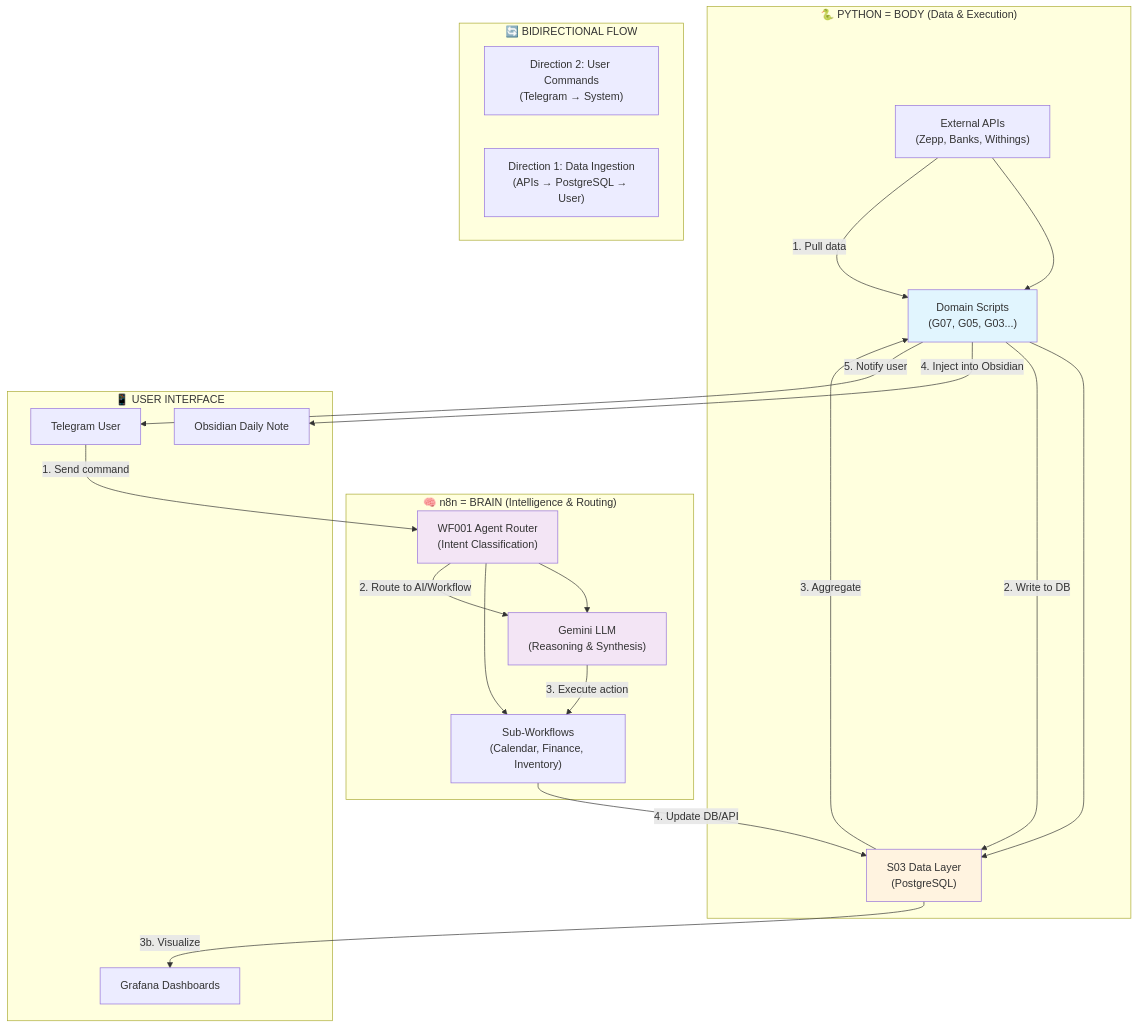
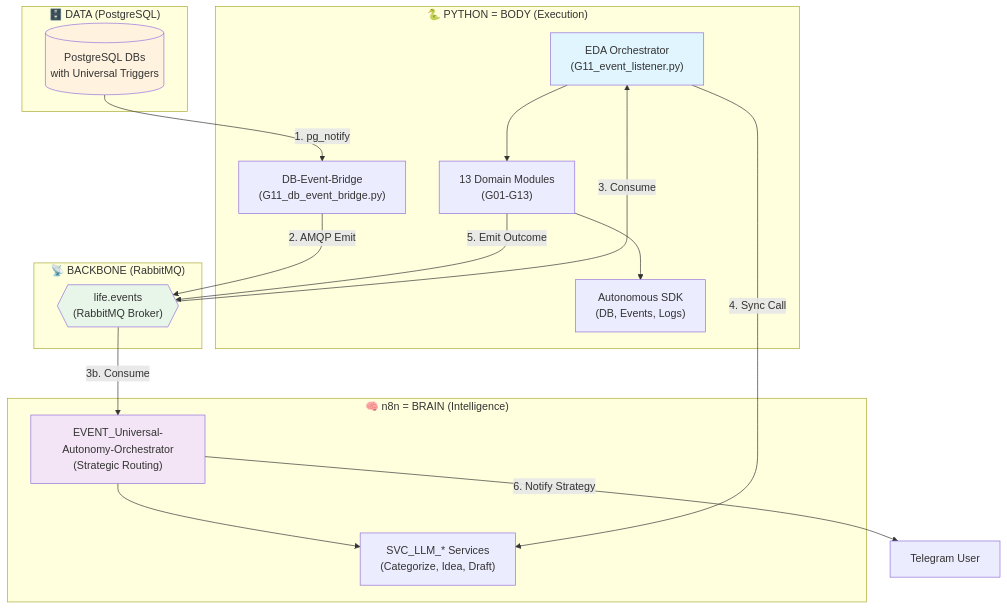
Before and after one commit to brostudiodev/autonomous-living-architecture: the first of 10 diagrams in docs/20_Systems/Architecture-Diagrams.md, drawn with Mermaid. The commit also changed other lines of this file and 776 other files, not shown here.

Commit message:
docs: sync architectural documentation and modular manifests (sanitized)

````diff
--- a/docs/20_Systems/Architecture-Diagrams.md
+++ b/docs/20_Systems/Architecture-Diagrams.md
@@ -21,52 +21,45 @@
 ```mermaid
 graph TB
-    subgraph "🐍 PYTHON = BODY (Data & Execution)"
-        PYTHON_SCRIPTS["Domain Scripts<br/>(G07, G05, G03...)"]
-        DATA_LAYER["S03 Data Layer<br/>(PostgreSQL)"]
-        EXTERNAL_APIS["External APIs<br/>(Zepp, Banks, Withings)"]
+    subgraph "🐍 PYTHON = BODY (Execution)"
+        SDK["Autonomous SDK<br/>(DB, Events, Logs)"]
+        EO["EDA Orchestrator<br/>(G11_event_listener.py)"]
+        DOMAIN_SCRIPTS["13 Domain Modules<br/>(G01-G13)"]
+        BRIDGE["DB-Event-Bridge<br/>(G11_db_event_bridge.py)"]
         
-        EXTERNAL_APIS --> PYTHON_SCRIPTS
-        PYTHON_SCRIPTS --> DATA_LAYER
+        EO --> DOMAIN_SCRIPTS
+        DOMAIN_SCRIPTS --> SDK
     end
 
-    subgraph "🧠 n8n = BRAIN (Intelligence & Routing)"
-        N8N_ROUTER["WF001 Agent Router<br/>(Intent Classification)"]
-        N8N_AI["Gemini LLM<br/>(Reasoning & Synthesis)"]
-        N8N_WORKFLOWS["Sub-Workflows<br/>(Calendar, Finance, Inventory)"]
+    subgraph "🧠 n8n = BRAIN (Intelligence)"
+        SVC_LLM["SVC_LLM_* Services<br/>(Categorize, Idea, Draft)"]
+        N8N_ROUTER["EVENT_Universal-Autonomy-Orchestrator<br/>(Strategic Routing)"]
         
-        N8N_ROUTER --> N8N_AI
-        N8N_ROUTER --> N8N_WORKFLOWS
+        N8N_ROUTER --> SVC_LLM
     end
 
-    subgraph "📱 USER INTERFACE"
-        TELEGRAM_USER["Telegram User"]
-        OBSIDIAN_NOTE["Obsidian Daily Note"]
-        GRAFANA["Grafana Dashboards"]
+    subgraph "📡 BACKBONE (RabbitMQ)"
+        RMQ{{"life.events<br/>(RabbitMQ Broker)"}}
     end
 
-    subgraph "🔄 BIDIRECTIONAL FLOW"
-        USER_TO_SYSTEM["Direction 2: User Commands<br/>(Telegram → System)"]
-        SYSTEM_TO_USER["Direction 1: Data Ingestion<br/>(APIs → PostgreSQL → User)"]
+    subgraph "🗄️ DATA (PostgreSQL)"
+        DB[(PostgreSQL DBs<br/>with Universal Triggers)]
     end
 
-    %% Direction 1: Data Ingestion
-    EXTERNAL_APIS -->|"1. Pull data"| PYTHON_SCRIPTS
-    PYTHON_SCRIPTS -->|"2. Write to DB"| DATA_LAYER
-    DATA_LAYER -->|"3. Aggregate"| PYTHON_SCRIPTS
-    PYTHON_SCRIPTS -->|"4. Inject into Obsidian"| OBSIDIAN_NOTE
+    %% Reactive Flow
+    DB -- "1. pg_notify" --> BRIDGE
+    BRIDGE -- "2. AMQP Emit" --> RMQ
+    RMQ -- "3. Consume" --> EO
+    RMQ -- "3b. Consume" --> N8N_ROUTER
     
-    %% Direction 2: User Commands
-    TELEGRAM_USER -->|"1. Send command"| N8N_ROUTER
-    N8N_ROUTER -->|"2. Route to AI/Workflow"| N8N_AI
-    N8N_AI -->|"3. Execute action"| N8N_WORKFLOWS
-    N8N_WORKFLOWS -->|"4. Update DB/API"| DATA_LAYER
+    %% Brain-to-Hand Bridge
+    EO -- "4. Sync Call" --> SVC_LLM
+    DOMAIN_SCRIPTS -- "5. Emit Outcome" --> RMQ
     
-    %% Outbound Notifications
-    PYTHON_SCRIPTS -->|"5. Notify user"| TELEGRAM_USER
-    DATA_LAYER -->|"3b. Visualize"| GRAFANA
+    %% User Interface
+    N8N_ROUTER -- "6. Notify Strategy" --> TELEGRAM["Telegram User"]
 
-    style PYTHON_SCRIPTS fill:#e1f5fe
+    style EO fill:#e1f5fe
     style N8N_ROUTER fill:#f3e5f5
-    style DATA_LAYER fill:#fff3e0
-    style N8N_AI fill:#f3e5f5
+    style DB fill:#fff3e0
+    style RMQ fill:#e8f5e9
 ```
````
